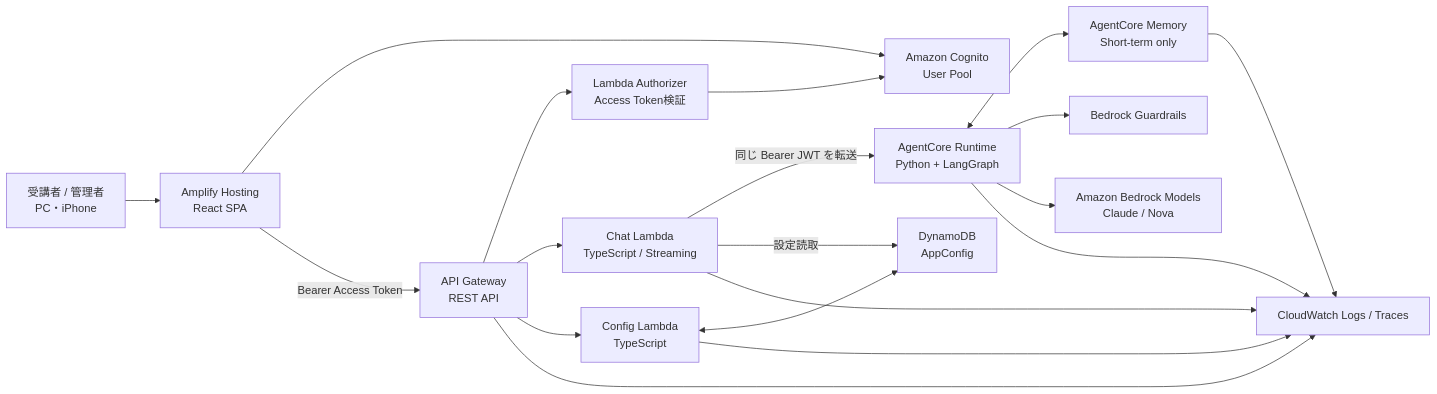
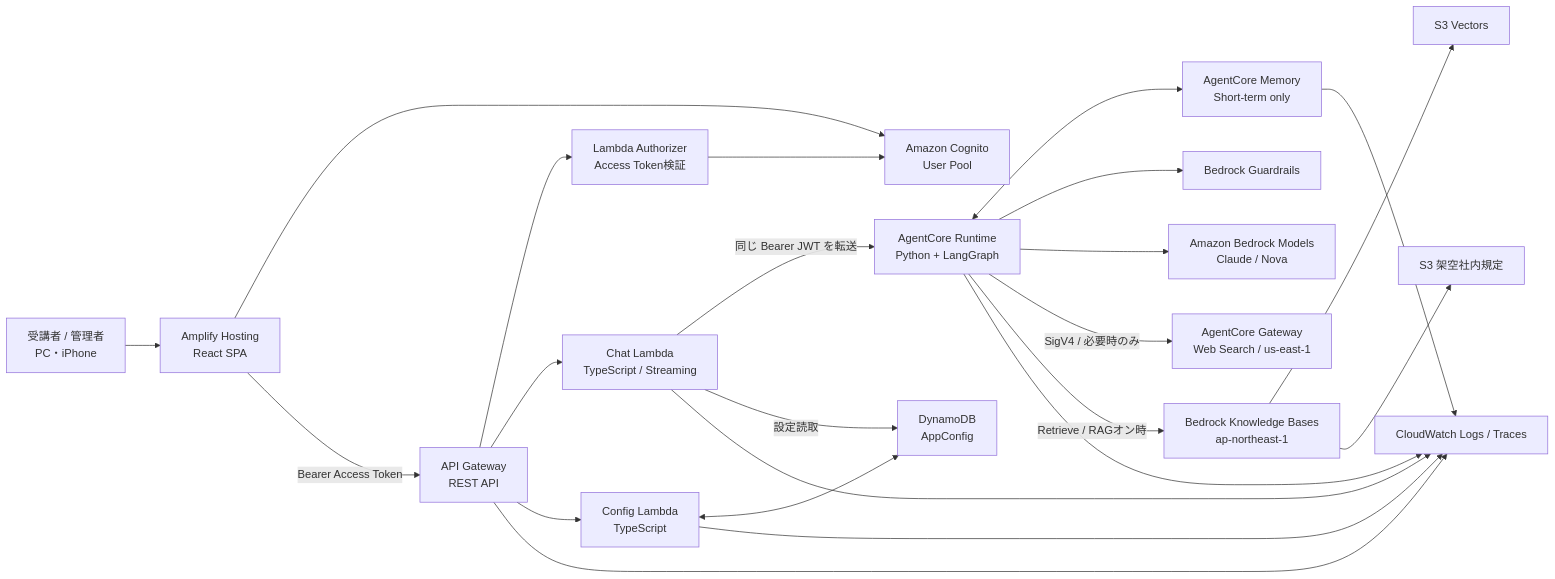
Before and after one commit to nia-ai-lab/aws-generative-ai-chat-demo: the first of 4 diagrams in docs/system-design.md, drawn with Mermaid. The commit also changed other lines of this file and 55 other files, not shown here.

Commit message:
feat: add opt-in web search and serverless RAG

````diff
--- a/docs/system-design.md
+++ b/docs/system-design.md
@@ -25,35 +27,43 @@
 ```mermaid
 flowchart LR
     U["受講者 / 管理者<br>PC・iPhone"]
     H["Amplify Hosting<br>React SPA"]
     C["Amazon Cognito<br>User Pool"]
     G["API Gateway<br>REST API"]
     LA["Lambda Authorizer<br>Access Token検証"]
     CH["Chat Lambda<br>TypeScript / Streaming"]
     CF["Config Lambda<br>TypeScript"]
     DB["DynamoDB<br>AppConfig"]
     AR["AgentCore Runtime<br>Python + LangGraph"]
     AM["AgentCore Memory<br>Short-term only"]
     GR["Bedrock Guardrails"]
     FM["Amazon Bedrock Models<br>Claude / Nova"]
     CW["CloudWatch Logs / Traces"]
+    GW["AgentCore Gateway<br>Web Search / us-east-1"]
+    KB["Bedrock Knowledge Bases<br>ap-northeast-1"]
+    SV["S3 Vectors"]
+    DS["S3 架空社内規定"]
 
     U --> H
     H --> C
     H -->|"Bearer Access Token"| G
     G --> LA
     LA --> C
     G --> CH
     G --> CF
     CH -->|"同じ Bearer JWT を転送"| AR
     CF <--> DB
     CH -->|"設定読取"| DB
     AR <--> AM
     AR --> GR
     AR --> FM
+    AR -->|"SigV4 / 必要時のみ"| GW
+    AR -->|"Retrieve / RAGオン時"| KB
+    KB --> SV
+    KB --> DS
     G --> CW
     CH --> CW
     CF --> CW
     AR --> CW
     AM --> CW
 ```
````
